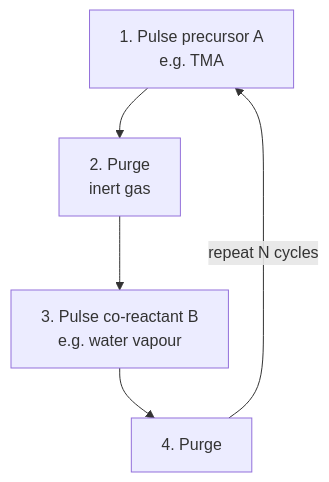
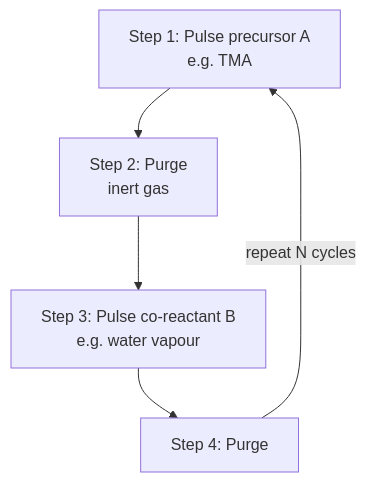
The first of 2 diagrams in content/questions/q0663.md (atallm7/monty-prep), drawn with Mermaid before and after one commit. The commit also changed 28 other files, not shown here.

````diff
--- a/content/questions/q0663.md
+++ b/content/questions/q0663.md
@@ -119,7 +119,7 @@
 ```mermaid
 flowchart TB
-  A["1. Pulse precursor A<br/>e.g. TMA"] --> B["2. Purge<br/>inert gas"]
-  B --> C["3. Pulse co-reactant B<br/>e.g. water vapour"]
-  C --> D["4. Purge"]
+  A["Step 1: Pulse precursor A<br/>e.g. TMA"] --> B["Step 2: Purge<br/>inert gas"]
+  B --> C["Step 3: Pulse co-reactant B<br/>e.g. water vapour"]
+  C --> D["Step 4: Purge"]
   D -->|"repeat N cycles"| A
 ```
````
